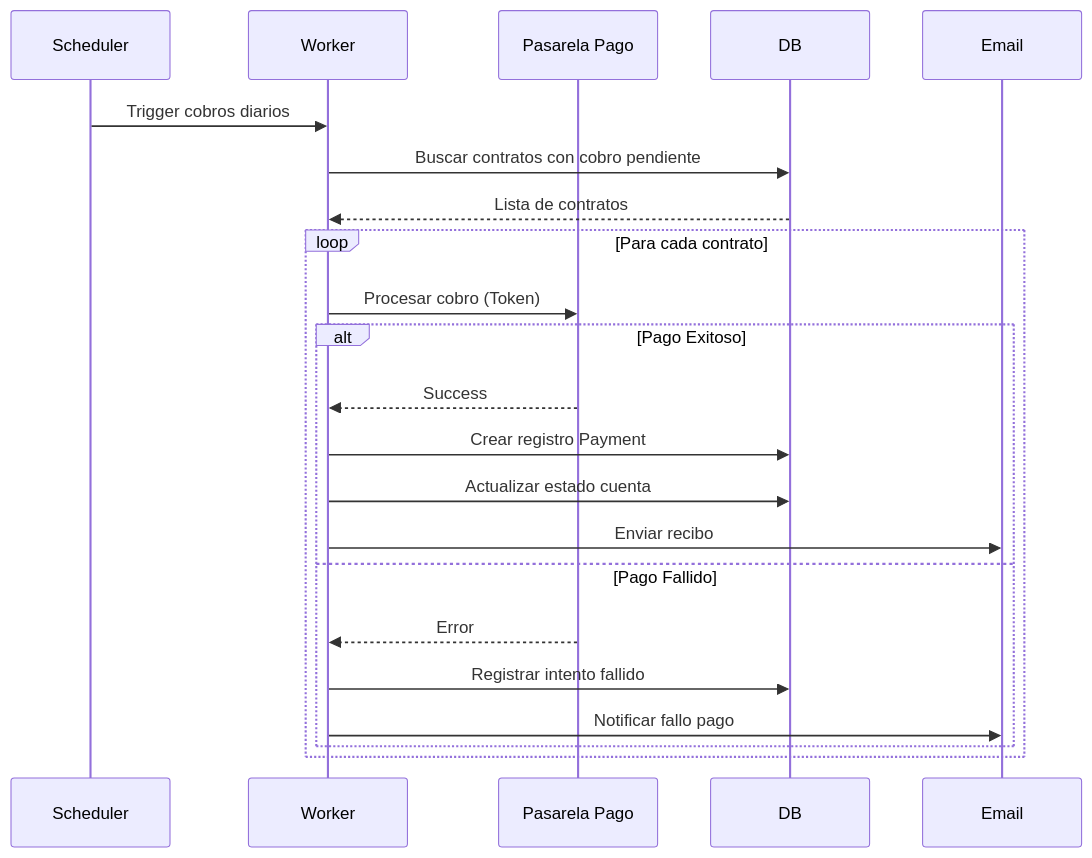
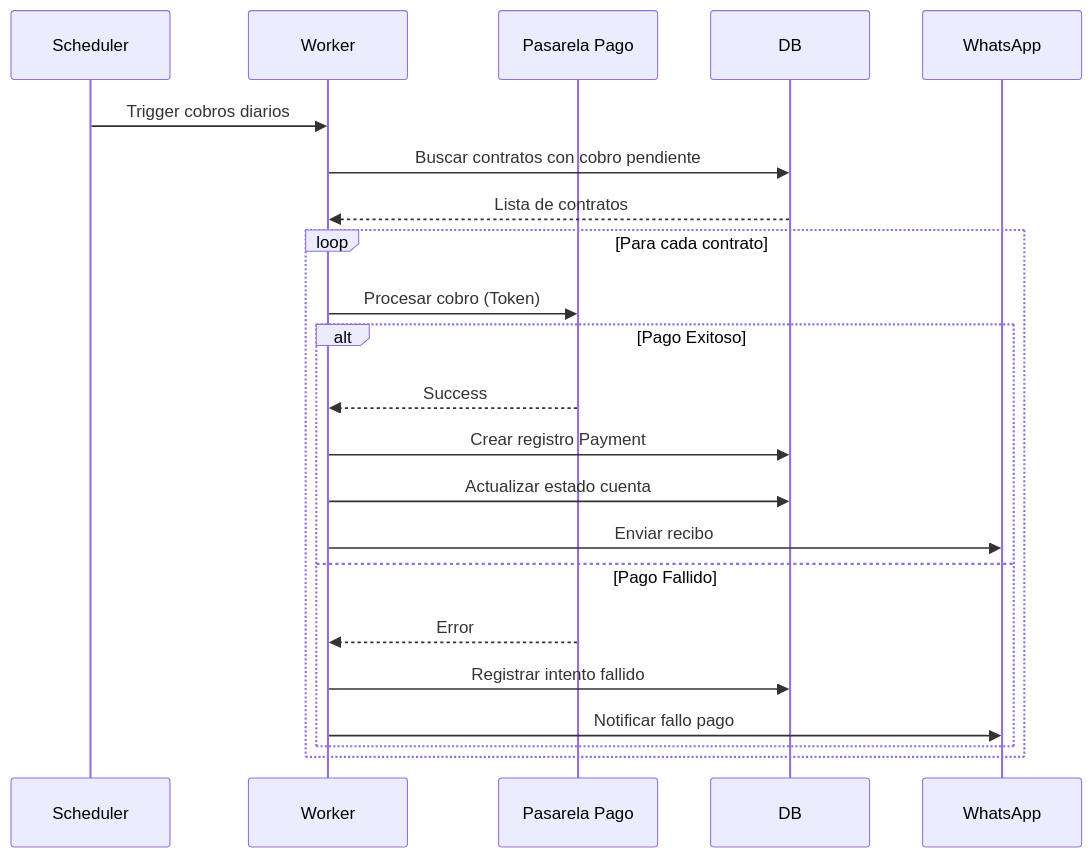
Before and after one commit to andrescastiglia/rent: the first of 14 diagrams in docs/technical/sequence.md, drawn with Mermaid. The commit also changed other lines of this file and 33 other files, not shown here.

First line of the commit message:
feat: integrate WhatsApp messaging for notifications and reminders

````diff
--- a/docs/technical/sequence.md
+++ b/docs/technical/sequence.md
@@ -5,26 +5,26 @@
 ```mermaid
 sequenceDiagram
     participant Scheduler
     participant Worker
     participant PSP as Pasarela Pago
     participant DB
-    participant Email
+    participant WhatsApp
 
     Scheduler->>Worker: Trigger cobros diarios
     Worker->>DB: Buscar contratos con cobro pendiente
     DB-->>Worker: Lista de contratos
     
     loop Para cada contrato
         Worker->>PSP: Procesar cobro (Token)
         alt Pago Exitoso
             PSP-->>Worker: Success
             Worker->>DB: Crear registro Payment
             Worker->>DB: Actualizar estado cuenta
-            Worker->>Email: Enviar recibo
+            Worker->>WhatsApp: Enviar recibo
         else Pago Fallido
             PSP-->>Worker: Error
             Worker->>DB: Registrar intento fallido
-            Worker->>Email: Notificar fallo pago
+            Worker->>WhatsApp: Notificar fallo pago
         end
     end
 ```
````
